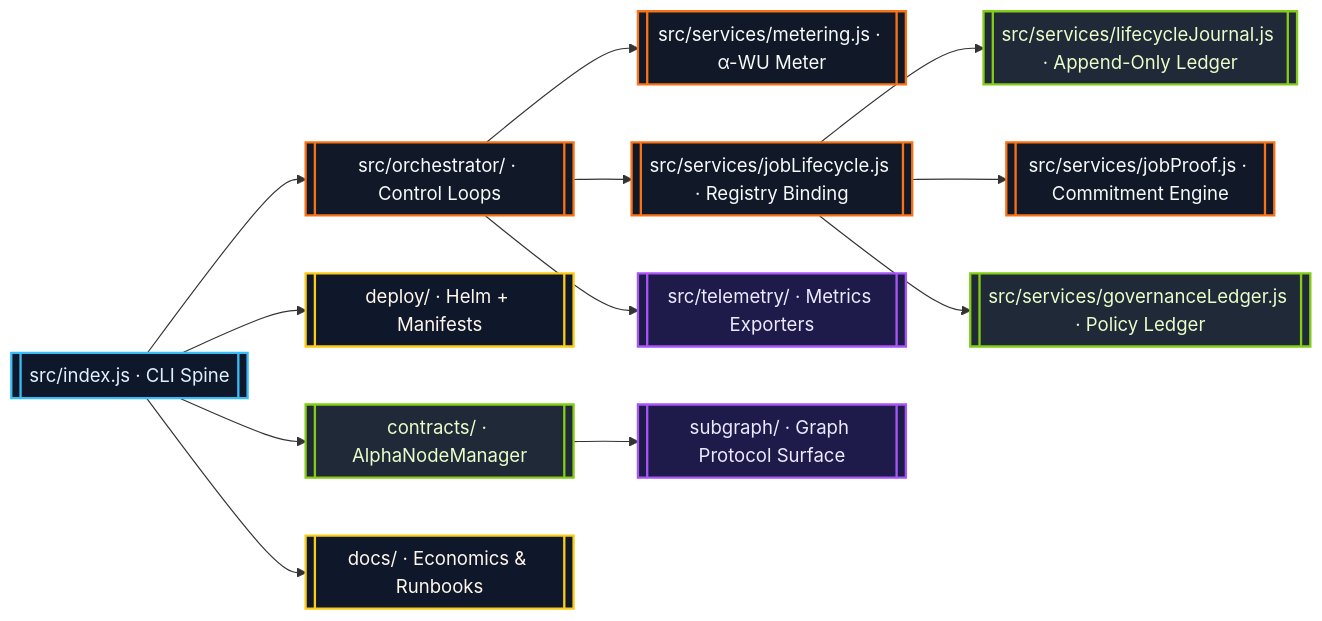
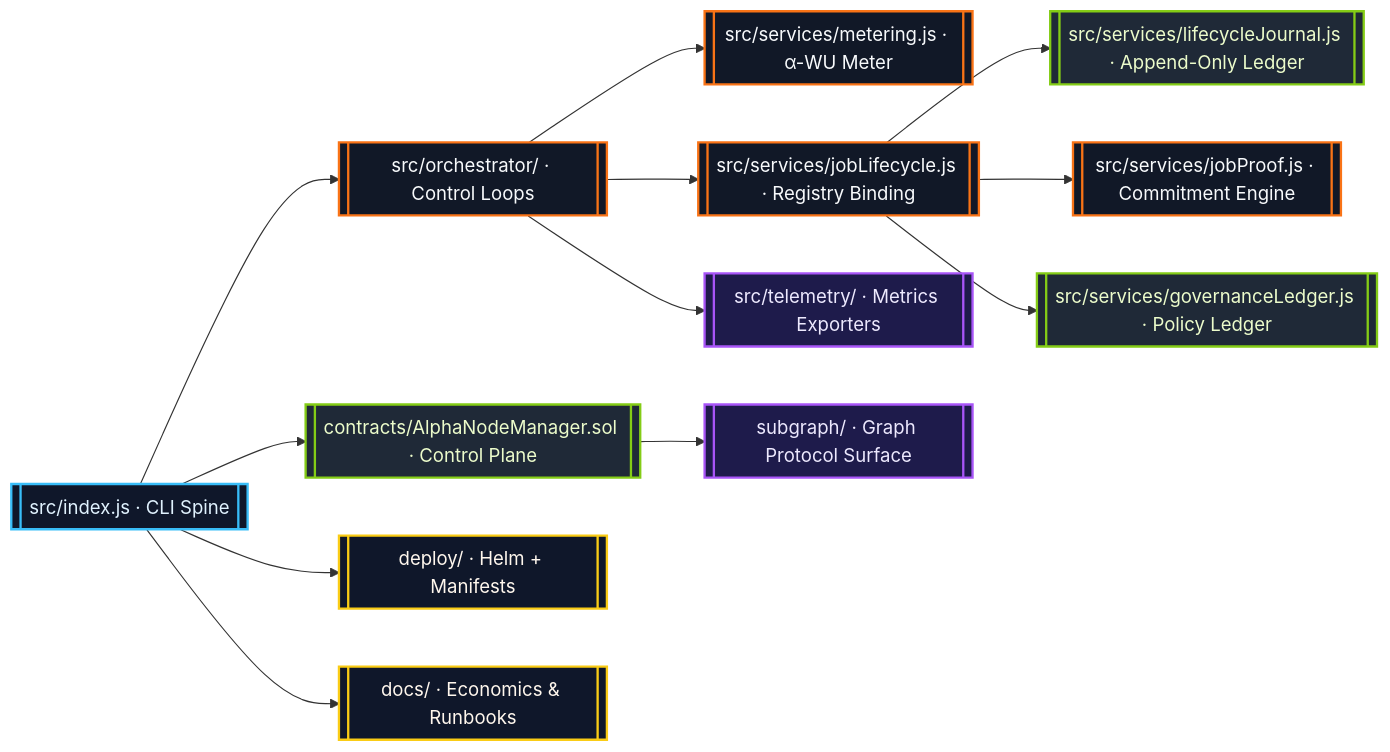
Before and after one commit to MontrealAI/AGI-Alpha-Node-v0: the first of 5 diagrams in README.md, drawn with Mermaid. The commit also changed other lines of this file and 4 other files, not shown here.

````diff
--- a/README.md
+++ b/README.md
@@ -71,20 +74,20 @@
 ```mermaid
 flowchart LR
   classDef runtime fill:#0f172a,stroke:#38bdf8,stroke-width:2px,color:#e0f2fe;
   classDef service fill:#111827,stroke:#f97316,stroke-width:2px,color:#f8fafc;
   classDef ledger fill:#1f2937,stroke:#84cc16,stroke-width:2px,color:#ecfccb;
   classDef telemetry fill:#1e1b4b,stroke:#a855f7,stroke-width:2px,color:#ede9fe;
   classDef ops fill:#0f172a,stroke:#facc15,stroke-width:2px,color:#fff7ed;
 
   Runtime[[src/index.js · CLI Spine]]:::runtime --> Orchestrator[[src/orchestrator/ · Control Loops]]:::service
   Orchestrator --> Metering[[src/services/metering.js · α-WU Meter]]:::service
   Orchestrator --> Lifecycle[[src/services/jobLifecycle.js · Registry Binding]]:::service
   Lifecycle --> Journal[[src/services/lifecycleJournal.js · Append-Only Ledger]]:::ledger
   Lifecycle --> Proofs[[src/services/jobProof.js · Commitment Engine]]:::service
   Lifecycle --> Governance[[src/services/governanceLedger.js · Policy Ledger]]:::ledger
   Orchestrator --> Telemetry[[src/telemetry/ · Metrics Exporters]]:::telemetry
+  Runtime --> Contracts[[contracts/AlphaNodeManager.sol · Control Plane]]:::ledger
   Runtime --> Deploy[[deploy/ · Helm + Manifests]]:::ops
-  Runtime --> Contracts[[contracts/ · AlphaNodeManager]]:::ledger
+  Runtime --> Docs[[docs/ · Economics & Runbooks]]:::ops
   Contracts --> Subgraph[[subgraph/ · Graph Protocol Surface]]:::telemetry
-  Runtime --> Docs[[docs/ · Economics & Runbooks]]:::ops
 ```
````
